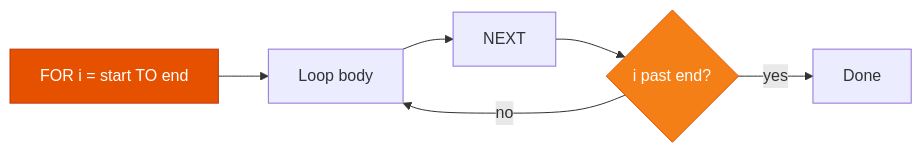
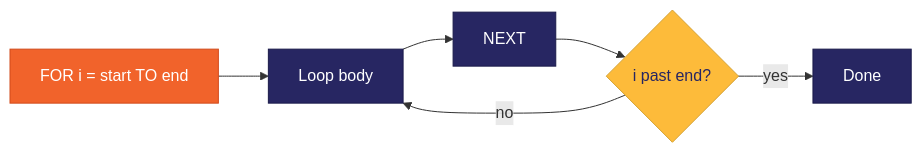
The second of 4 diagrams in sphinx-docs/guide/structured_programming.md (FoenixRetro/f256-superbasic), drawn with Mermaid before and after one commit. The commit also changed other lines of this file and 13 other files, not shown here.

````diff
--- a/sphinx-docs/guide/structured_programming.md
+++ b/sphinx-docs/guide/structured_programming.md
@@ -141,11 +141,12 @@
 ```{mermaid}
 flowchart LR
-    FOR["FOR i = start TO end"] --> BODY["Loop body"]
-    BODY --> NEXT["NEXT"]
-    NEXT --> CHECK{"i past end?"}
+    classDef primary fill:#272662,color:#fff,stroke:#1a1a4a
+    classDef secondary fill:#F1632B,color:#fff,stroke:#d14a1a
+    classDef highlight fill:#FDBB3A,color:#272662,stroke:#d4a030
+
+    FOR["FOR i = start TO end"]:::secondary --> BODY["Loop body"]:::primary
+    BODY --> NEXT["NEXT"]:::primary
+    NEXT --> CHECK{"i past end?"}:::highlight
     CHECK -->|no| BODY
-    CHECK -->|yes| DONE["Done"]
-
-    style FOR fill:#e65100,color:#fff,stroke:#bf360c
-    style CHECK fill:#f57f17,color:#fff,stroke:#e65100
+    CHECK -->|yes| DONE["Done"]:::primary
 ```
````
